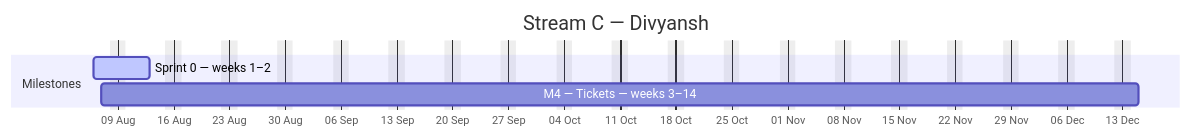
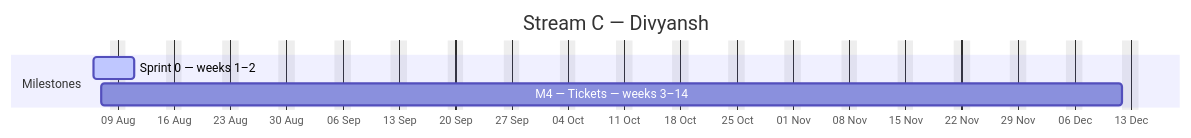
The third of 4 diagrams in docs/plan/GANTT.md (debashisedunext/EduTrack), drawn with Mermaid before and after one commit. The commit also changed other lines of this file and 3 other files, not shown here.

````diff
--- a/docs/plan/GANTT.md
+++ b/docs/plan/GANTT.md
@@ -149,10 +154,10 @@
 ```mermaid
 gantt
     dateFormat YYYY-MM-DD
     axisFormat %d %b
     title Stream C — Divyansh
     excludes weekends
     section Milestones
-    Sprint 0 — weeks 1–2 :active, c0, 2026-08-06, 5d
-    M4 — Tickets — weeks 3–14 :c1, 2026-08-07, 92d
+    Sprint 0 — weeks 1–2 :active, c0, 2026-08-06, 3d
+    M4 — Tickets — weeks 3–14 :c1, 2026-08-07, 91d
 ```
````
